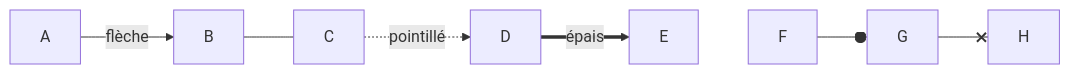
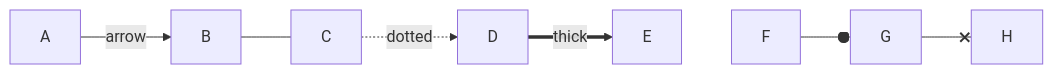
Before and after one commit to InnovateIt-ak/docusaurus: the fourth of 25 diagrams in docs/mermaid-diagrams.mdx, drawn with Mermaid. The commit also changed other lines of this file, not shown here.

First line of the commit message:
Translate the Mermaid reference page to English

````diff
--- a/docs/mermaid-diagrams.mdx
+++ b/docs/mermaid-diagrams.mdx
@@ -145,10 +143,10 @@
 ```mermaid
 flowchart LR
-    A -->|flèche| B
+    A -->|arrow| B
     B --- C
-    C -.->|pointillé| D
-    D ==>|épais| E
+    C -.->|dotted| D
+    D ==>|thick| E
     E ~~~ F
     F --o G
     G --x H
 ```
````
